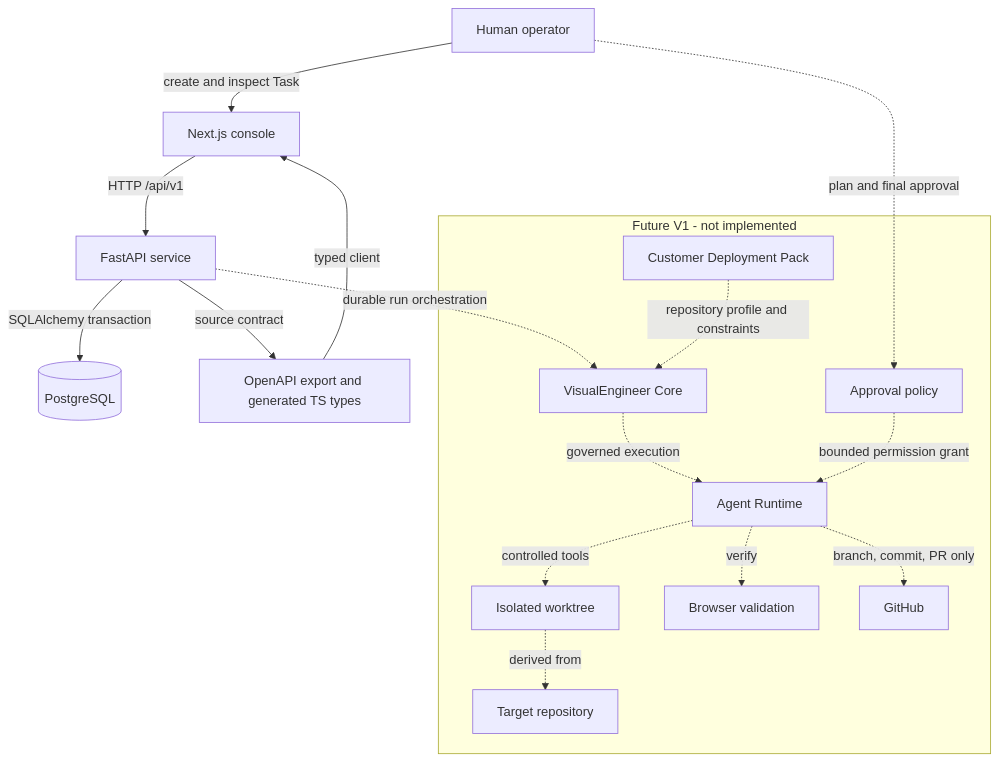
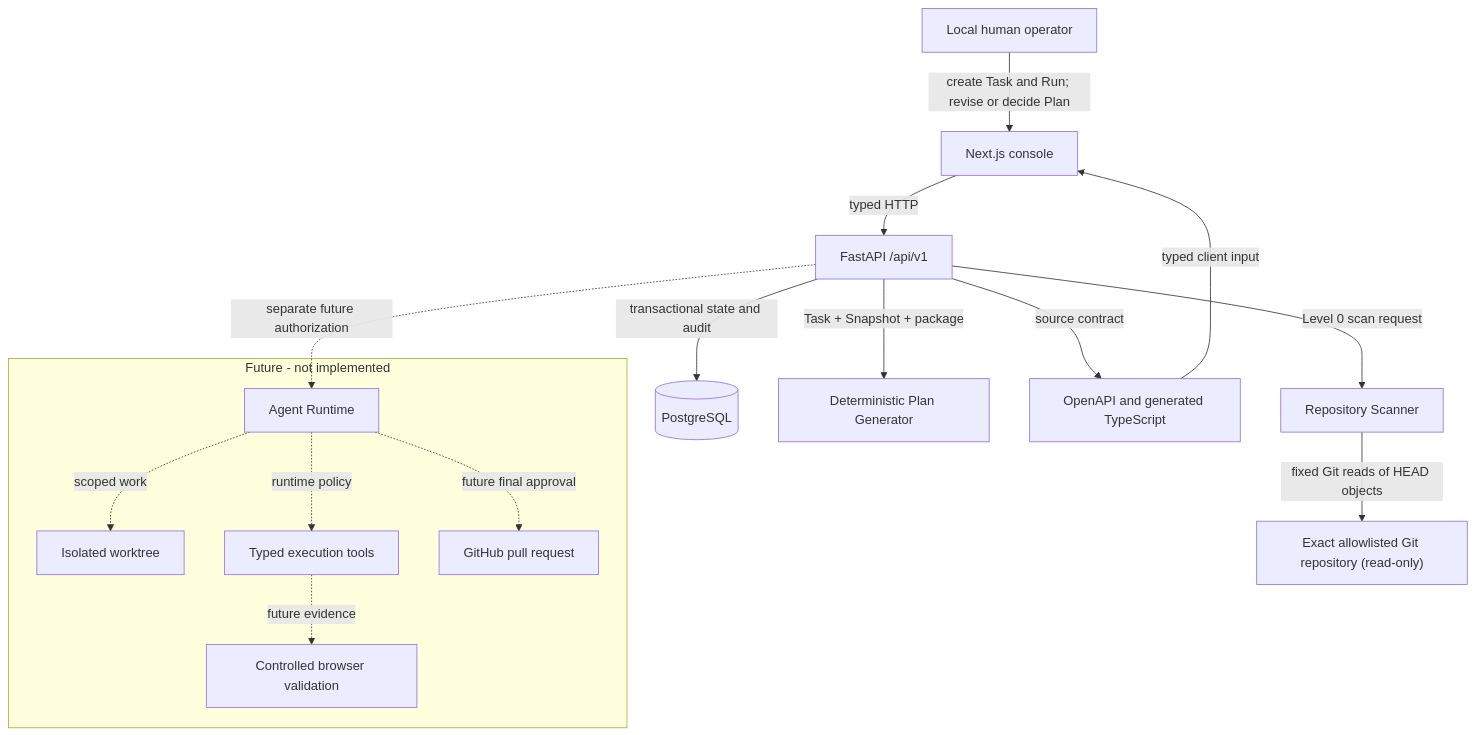
One commit to dankk0220abc-prog/visual-engineer changed the first of 2 diagrams in docs/architecture/system-overview.md. Above: the diagram before and after it, drawn with Mermaid. The commit also changed other lines of this file and 74 other files, not shown here.

Commit message:
feat: add governed read-only repository intelligence

````diff
--- a/docs/architecture/system-overview.md
+++ b/docs/architecture/system-overview.md
@@ -15,35 +6,34 @@
 ```mermaid
 flowchart TB
-    H["Human operator"]
+    H["Local human operator"]
     W["Next.js console"]
-    A["FastAPI service"]
-    P[("PostgreSQL")]
-    O["OpenAPI export and generated TS types"]
+    A["FastAPI /api/v1"]
+    D[("PostgreSQL")]
+    S["Repository Scanner"]
+    R["Exact allowlisted Git repository (read-only)"]
+    P["Deterministic Plan Generator"]
+    O["OpenAPI and generated TypeScript"]
 
-    H -->|"create and inspect Task"| W
-    W -->|"HTTP /api/v1"| A
-    A -->|"SQLAlchemy transaction"| P
+    H -->|"create Task and Run; revise or decide Plan"| W
+    W -->|"typed HTTP"| A
+    A -->|"transactional state and audit"| D
+    A -->|"Level 0 scan request"| S
+    S -->|"fixed Git reads of HEAD objects"| R
+    A -->|"Task + Snapshot + package"| P
     A -->|"source contract"| O
-    O -->|"typed client"| W
+    O -->|"typed client input"| W
 
-    subgraph Future["Future V1 - not implemented"]
-        CORE["VisualEngineer Core"]
-        DP["Customer Deployment Pack"]
+    subgraph Future["Future - not implemented"]
         AR["Agent Runtime"]
-        AP["Approval policy"]
         IW["Isolated worktree"]
-        BV["Browser validation"]
-        GH["GitHub"]
-        TR["Target repository"]
+        T["Typed execution tools"]
+        B["Controlled browser validation"]
+        G["GitHub pull request"]
     end
 
-    H -. "plan and final approval" .-> AP
-    A -. "durable run orchestration" .-> CORE
-    DP -. "repository profile and constraints" .-> CORE
-    CORE -. "governed execution" .-> AR
-    AP -. "bounded permission grant" .-> AR
-    AR -. "controlled tools" .-> IW
-    IW -. "derived from" .-> TR
-    AR -. "verify" .-> BV
-    AR -. "branch, commit, PR only" .-> GH
+    A -. "separate future authorization" .-> AR
+    AR -. "scoped work" .-> IW
+    AR -. "runtime policy" .-> T
+    T -. "future evidence" .-> B
+    AR -. "future final approval" .-> G
 ```
````
